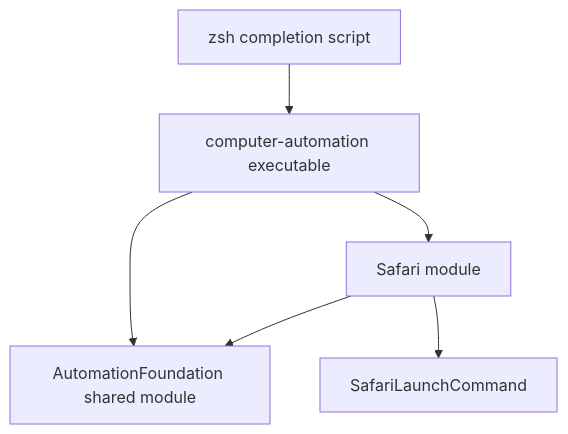
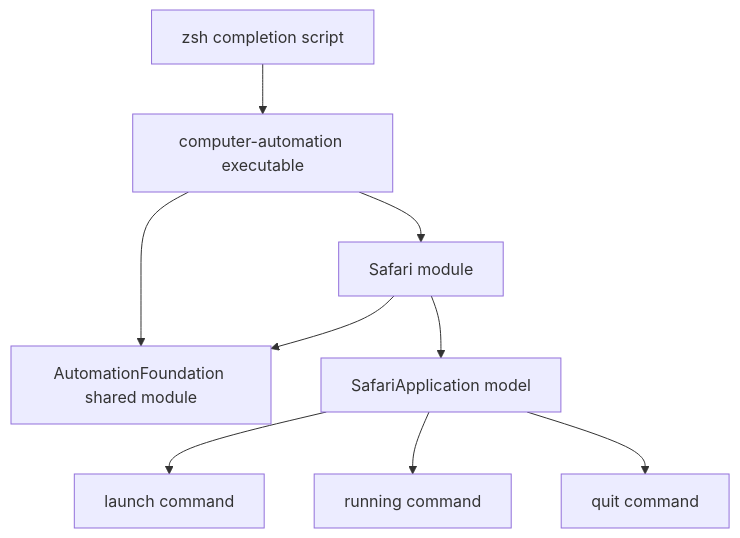
Before and after one commit to Glutexo/computer-automation: the diagram in docs/architecture.md, drawn with Mermaid. The commit also changed other lines of this file and 14 other files, not shown here.

Commit message:
feat: model safari application lifecycle

````diff
--- a/docs/architecture.md
+++ b/docs/architecture.md
@@ -5,14 +5,20 @@
 ```mermaid
 flowchart TD
     App["computer-automation executable"]
     Foundation["AutomationFoundation shared module"]
     Zsh["zsh completion script"]
     Safari["Safari module"]
-    Launch["SafariLaunchCommand"]
+    SafariApplication["SafariApplication model"]
+    Launch["launch command"]
+    Running["running command"]
+    Quit["quit command"]
 
     App --> Foundation
     Zsh --> App
     App --> Safari
     Safari --> Foundation
-    Safari --> Launch
+    Safari --> SafariApplication
+    SafariApplication --> Launch
+    SafariApplication --> Running
+    SafariApplication --> Quit
 ```
````
